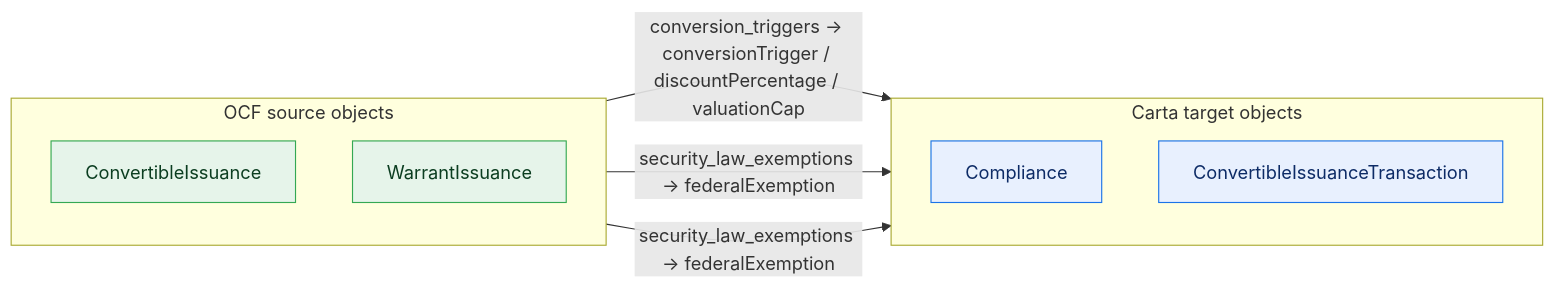
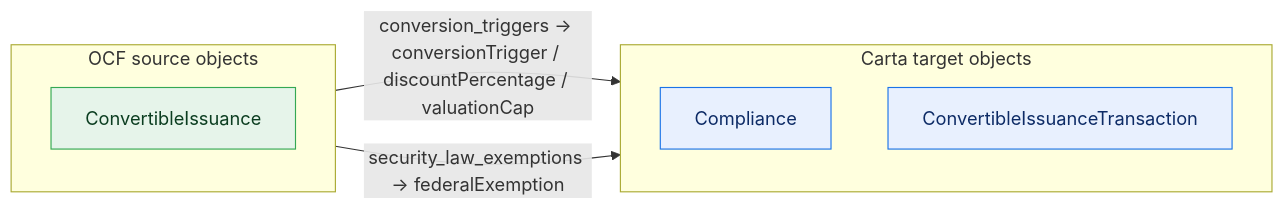
One commit to Open-Cap-Table-Coalition/OCF-Composed-Schemas changed the second of 18 diagrams in core-rich/core-upstream.md. Above: the diagram before and after it, drawn with Mermaid. The commit also changed other lines of this file and 11 other files, not shown here.

First line of the commit message:
Flow diagrams: one fully separate diagram per OCF object flavor

````diff
--- a/core-rich/core-upstream.md
+++ b/core-rich/core-upstream.md
@@ -70,20 +40,18 @@
 ```mermaid
 flowchart LR
   classDef adm fill:#e6f4ea,stroke:#34a853,color:#0b3d20;
   classDef notadm fill:#f1f3f4,stroke:#9aa0a6,color:#5f6368,stroke-dasharray:4 3;
   classDef carta fill:#e8f0fe,stroke:#1a73e8,color:#0d2b66;
   classDef sink fill:#fce8e6,stroke:#d93025,color:#5c0d06;
   subgraph SRC["OCF source objects"]
     direction TB
     o0["ConvertibleIssuance"]:::adm
-    o1["WarrantIssuance"]:::adm
   end
   subgraph TGT["Carta target objects"]
     direction TB
     t0["Compliance"]:::carta
     t1["ConvertibleIssuanceTransaction"]:::carta
   end
   o0 -->|"conversion_triggers → conversionTrigger / discountPercentage / valuationCap"| t1
   o0 -->|"security_law_exemptions → federalExemption"| t0
-  o1 -->|"security_law_exemptions → federalExemption"| t0
 ```
````
